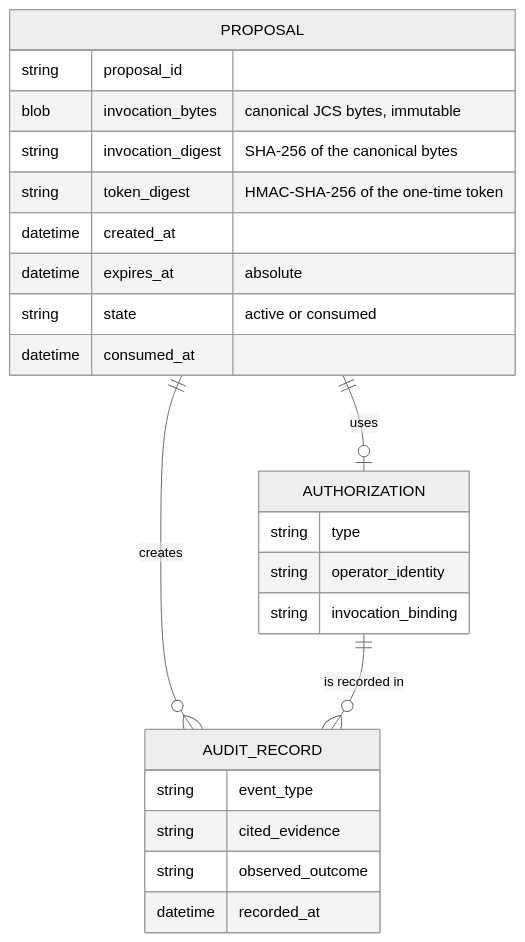
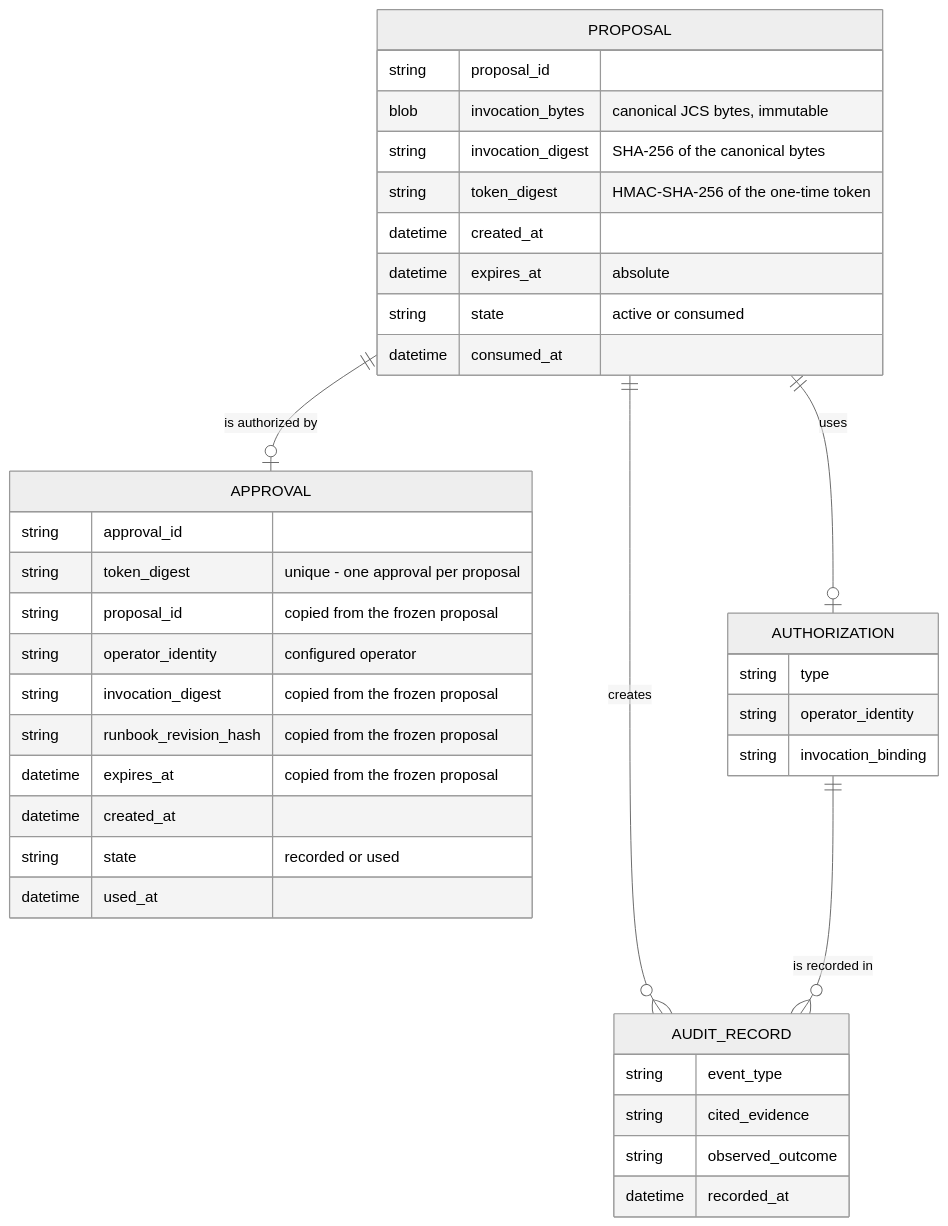
Before and after one commit to alanfong93/ops-guard: the second of 2 diagrams in docs/architecture.md, drawn with Mermaid (neutral theme). The commit also changed other lines of this file and 8 other files, not shown here.

First line of the commit message:
feat: proposal-bound approval verifier (#12) (#18)

````diff
--- a/docs/architecture.md
+++ b/docs/architecture.md
@@ -28,27 +28,40 @@
 ```mermaid
 erDiagram
+    PROPOSAL ||--o| APPROVAL : "is authorized by"
     PROPOSAL ||--o| AUTHORIZATION : "uses"
     PROPOSAL ||--o{ AUDIT_RECORD : "creates"
     AUTHORIZATION ||--o{ AUDIT_RECORD : "is recorded in"
     PROPOSAL {
         string proposal_id
         blob invocation_bytes "canonical JCS bytes, immutable"
         string invocation_digest "SHA-256 of the canonical bytes"
         string token_digest "HMAC-SHA-256 of the one-time token"
         datetime created_at
         datetime expires_at "absolute"
         string state "active or consumed"
         datetime consumed_at
     }
+    APPROVAL {
+        string approval_id
+        string token_digest "unique - one approval per proposal"
+        string proposal_id "copied from the frozen proposal"
+        string operator_identity "configured operator"
+        string invocation_digest "copied from the frozen proposal"
+        string runbook_revision_hash "copied from the frozen proposal"
+        datetime expires_at "copied from the frozen proposal"
+        datetime created_at
+        string state "recorded or used"
+        datetime used_at
+    }
     AUTHORIZATION {
         string type
         string operator_identity
         string invocation_binding
     }
     AUDIT_RECORD {
         string event_type
         string cited_evidence
         string observed_outcome
         datetime recorded_at
     }
 ```
````
